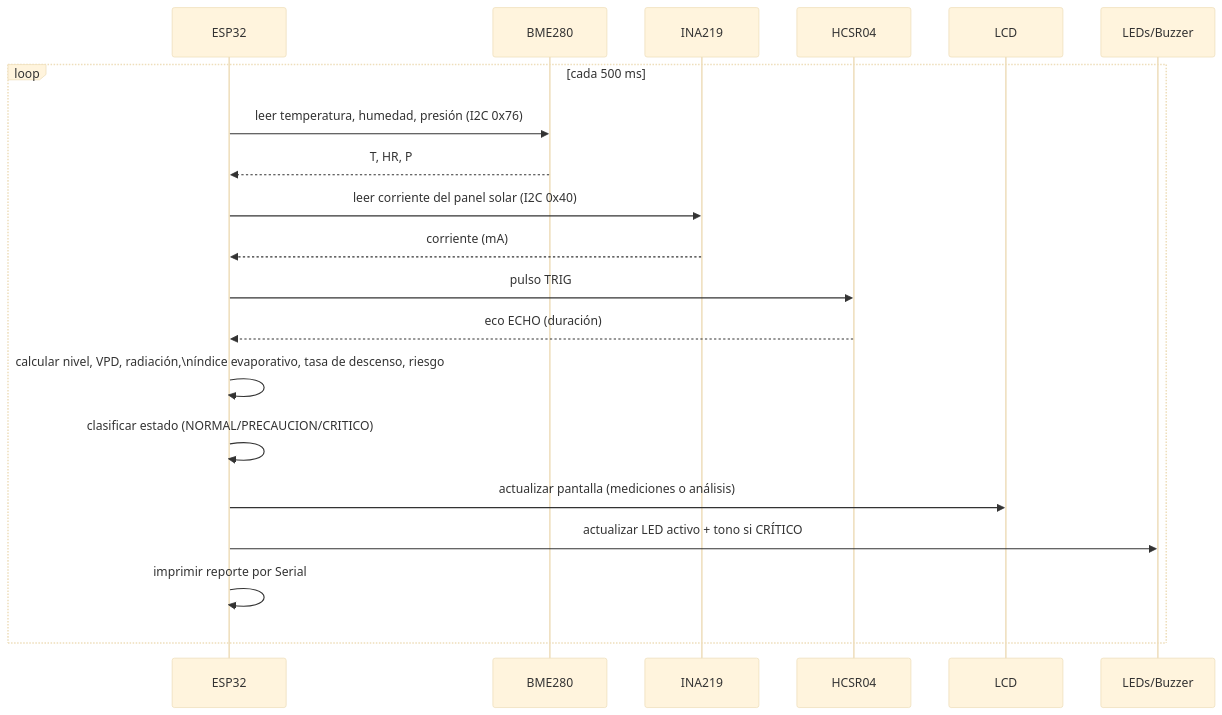
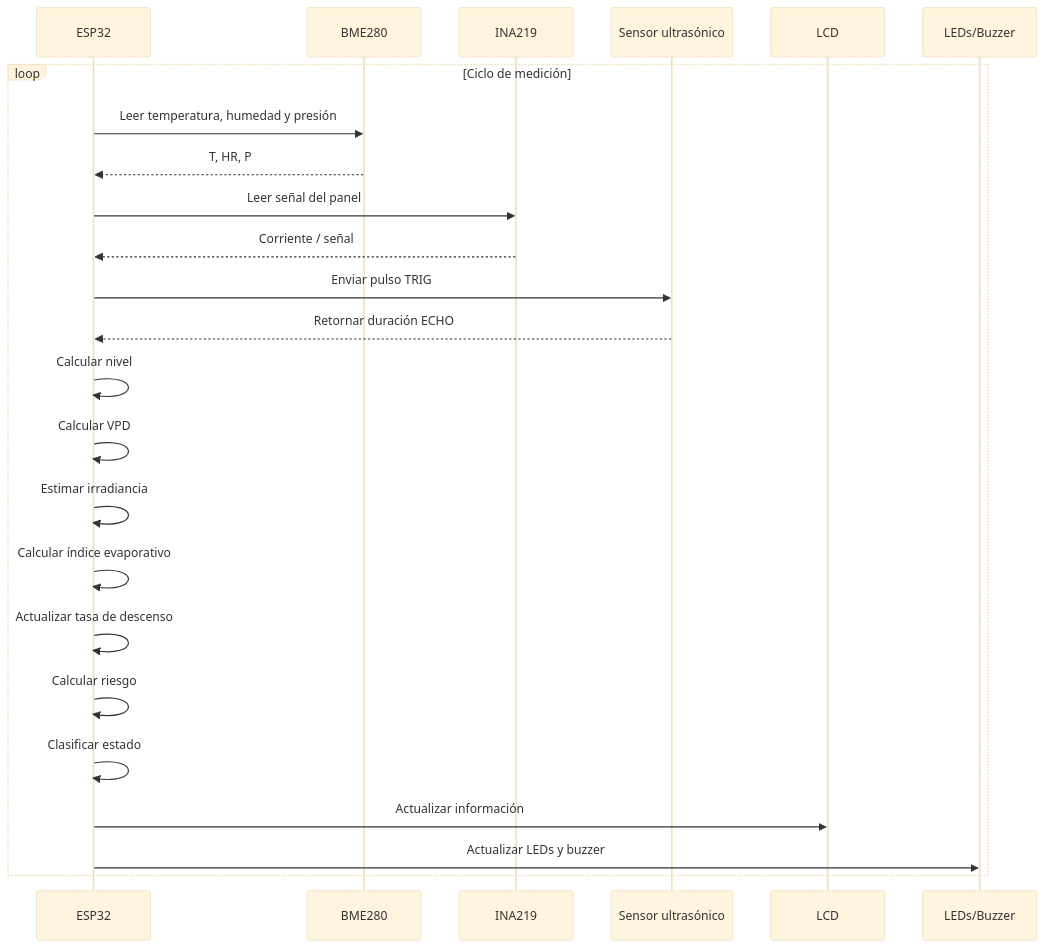
The second of 3 diagrams in wiki/03-Desarrollo-Modular.md (jorgis857/sistema-alerta-temprana-riesgo-hidrico), drawn with Mermaid (base theme) before and after one commit. The commit also changed other lines of this file and 10 other files, not shown here.

````diff
--- a/wiki/03-Desarrollo-Modular.md
+++ b/wiki/03-Desarrollo-Modular.md
@@ -89,23 +184,31 @@
 ```mermaid
 sequenceDiagram
     participant ESP32
     participant BME280
     participant INA219
-    participant HCSR04
+    participant ULTRA as Sensor ultrasónico
     participant LCD
-    participant LEDs_Buzzer as LEDs/Buzzer
+    participant ACT as LEDs/Buzzer
 
-    loop cada 500 ms
-        ESP32->>BME280: leer temperatura, humedad, presión (I2C 0x76)
+    loop Ciclo de medición
+        ESP32->>BME280: Leer temperatura, humedad y presión
         BME280-->>ESP32: T, HR, P
-        ESP32->>INA219: leer corriente del panel solar (I2C 0x40)
-        INA219-->>ESP32: corriente (mA)
-        ESP32->>HCSR04: pulso TRIG
-        HCSR04-->>ESP32: eco ECHO (duración)
-        ESP32->>ESP32: calcular nivel, VPD, radiación,\níndice evaporativo, tasa de descenso, riesgo
-        ESP32->>ESP32: clasificar estado (NORMAL/PRECAUCION/CRITICO)
-        ESP32->>LCD: actualizar pantalla (mediciones o análisis)
-        ESP32->>LEDs_Buzzer: actualizar LED activo + tono si CRÍTICO
-        ESP32->>ESP32: imprimir reporte por Serial
+
+        ESP32->>INA219: Leer señal del panel
+        INA219-->>ESP32: Corriente / señal
+
+        ESP32->>ULTRA: Enviar pulso TRIG
+        ULTRA-->>ESP32: Retornar duración ECHO
+
+        ESP32->>ESP32: Calcular nivel
+        ESP32->>ESP32: Calcular VPD
+        ESP32->>ESP32: Estimar irradiancia
+        ESP32->>ESP32: Calcular índice evaporativo
+        ESP32->>ESP32: Actualizar tasa de descenso
+        ESP32->>ESP32: Calcular riesgo
+        ESP32->>ESP32: Clasificar estado
+
+        ESP32->>LCD: Actualizar información
+        ESP32->>ACT: Actualizar LEDs y buzzer
     end
 ```
````
